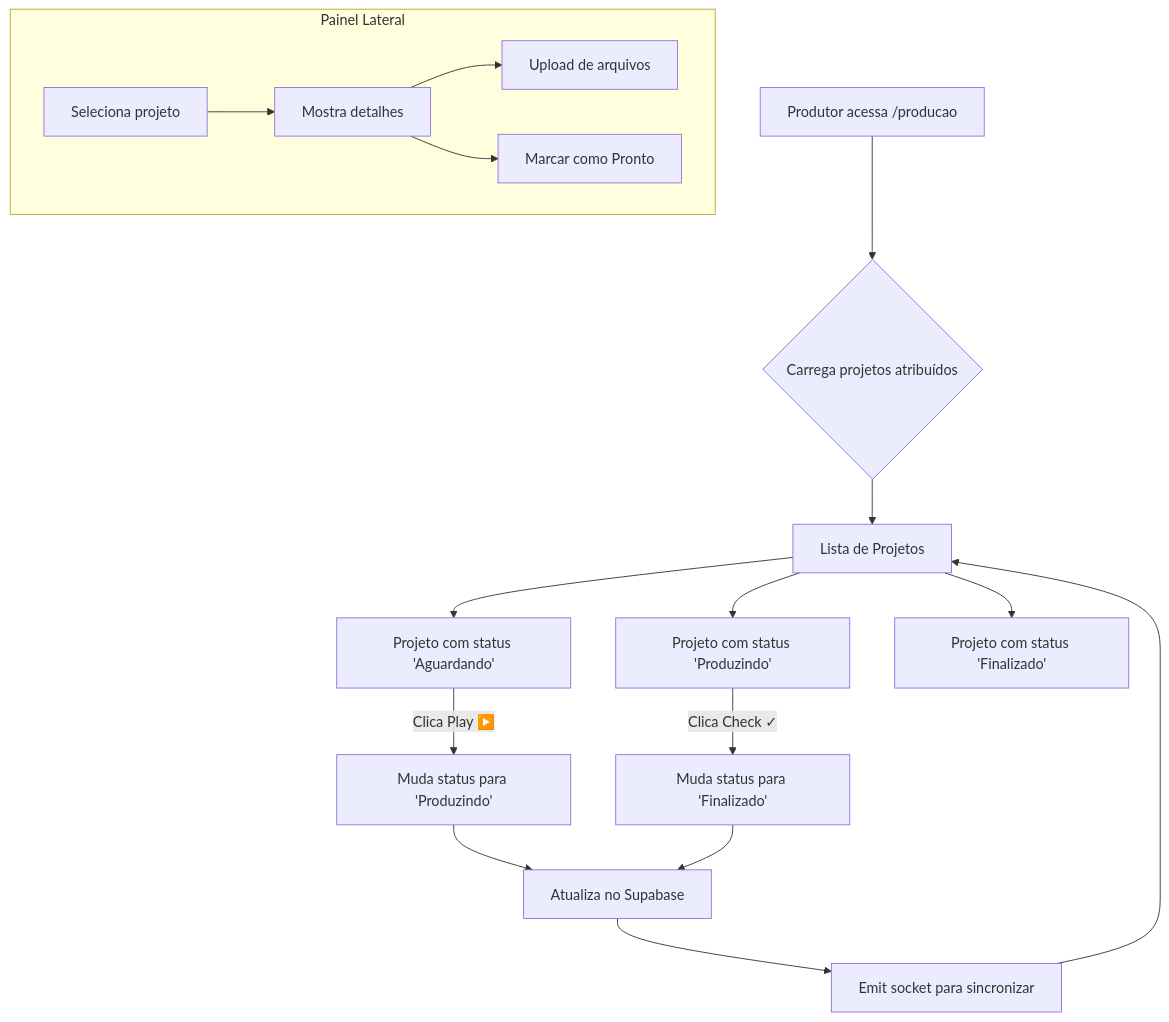
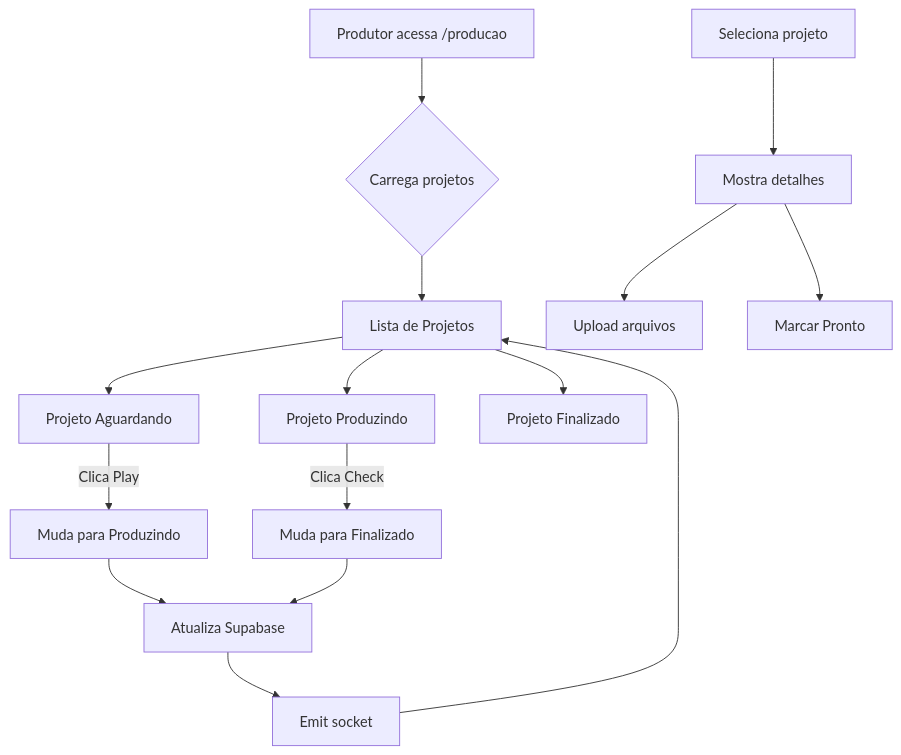
Before and after one commit to nobremkt/nobrehub: the diagram in docs/PRODUCTION_DASHBOARD_SPEC.md, drawn with Mermaid.

Commit message:
fix(docs): simplified mermaid diagram syntax to graph TD

````diff
--- a/docs/PRODUCTION_DASHBOARD_SPEC.md
+++ b/docs/PRODUCTION_DASHBOARD_SPEC.md
@@ -17,24 +17,22 @@
 ```mermaid
-flowchart TD
-    A[Produtor acessa /producao] --> B{Carrega projetos atribuídos}
+graph TD
+    A[Produtor acessa /producao] --> B{Carrega projetos}
     B --> C[Lista de Projetos]
     
-    C --> D[Projeto com status 'Aguardando']
-    C --> E[Projeto com status 'Produzindo']
-    C --> F[Projeto com status 'Finalizado']
+    C --> D[Projeto Aguardando]
+    C --> E[Projeto Produzindo]
+    C --> F[Projeto Finalizado]
     
-    D --> |Clica Play ▶️| G[Muda status para 'Produzindo']
-    E --> |Clica Check ✓| H[Muda status para 'Finalizado']
+    D -->|Clica Play| G[Muda para Produzindo]
+    E -->|Clica Check| H[Muda para Finalizado]
     
-    G --> I[Atualiza no Supabase]
+    G --> I[Atualiza Supabase]
     H --> I
     
-    I --> J[Emit socket para sincronizar]
+    I --> J[Emit socket]
     J --> C
     
-    subgraph Painel Lateral
-        K[Seleciona projeto] --> L[Mostra detalhes]
-        L --> M[Upload de arquivos]
-        L --> N[Marcar como Pronto]
-    end
+    K[Seleciona projeto] --> L[Mostra detalhes]
+    L --> M[Upload arquivos]
+    L --> N[Marcar Pronto]
 ```
````
